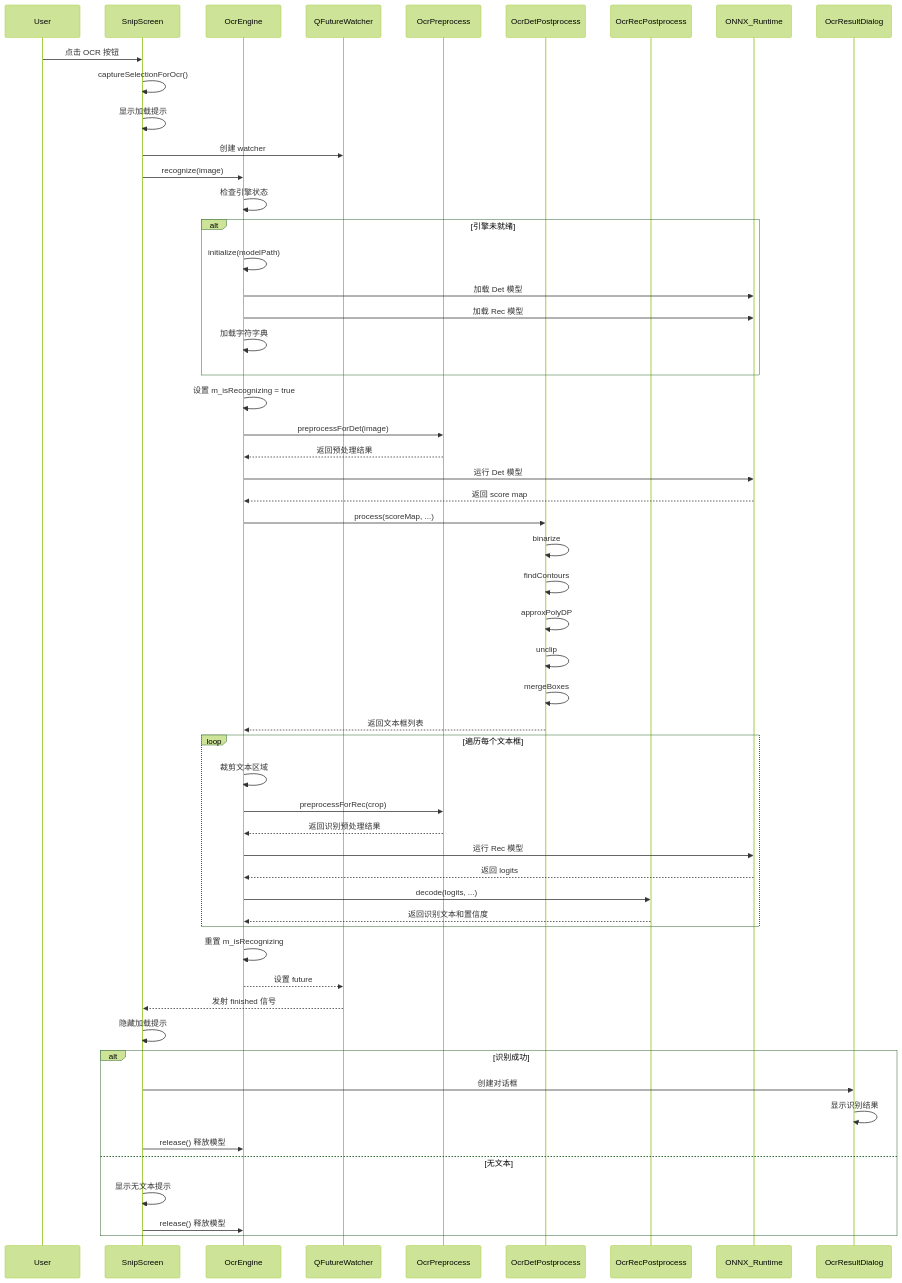
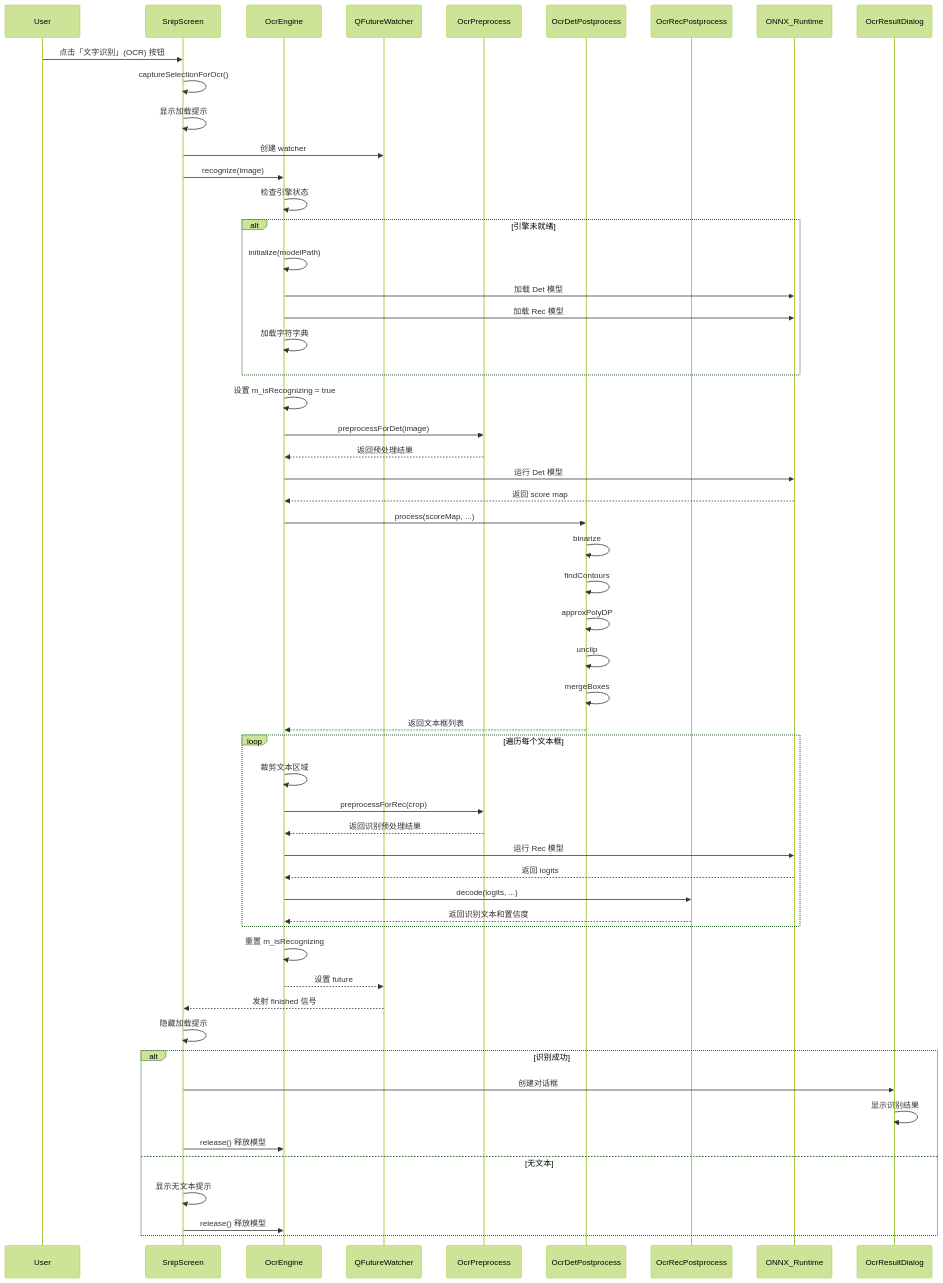
Before and after one commit to ChiangyangNPU/quick-shot: the eighth of 11 diagrams in docs/ocr.md, drawn with Mermaid (forest theme). The commit also changed 9 other files, not shown here.

````diff
--- a/docs/ocr.md
+++ b/docs/ocr.md
@@ -460,66 +460,66 @@
 ```mermaid
 sequenceDiagram
     participant User
     participant SnipScreen
     participant OcrEngine
     participant QFutureWatcher
     participant OcrPreprocess
     participant OcrDetPostprocess
     participant OcrRecPostprocess
     participant ONNX_Runtime
     participant OcrResultDialog
 
-    User->>SnipScreen: 点击 OCR 按钮
+    User->>SnipScreen: 点击「文字识别」(OCR) 按钮
     SnipScreen->>SnipScreen: captureSelectionForOcr()
     SnipScreen->>SnipScreen: 显示加载提示
     SnipScreen->>QFutureWatcher: 创建 watcher
     SnipScreen->>OcrEngine: recognize(image)
     
     OcrEngine->>OcrEngine: 检查引擎状态
     alt 引擎未就绪
         OcrEngine->>OcrEngine: initialize(modelPath)
         OcrEngine->>ONNX_Runtime: 加载 Det 模型
         OcrEngine->>ONNX_Runtime: 加载 Rec 模型
         OcrEngine->>OcrEngine: 加载字符字典
     end
     
     OcrEngine->>OcrEngine: 设置 m_isRecognizing = true
     OcrEngine->>OcrPreprocess: preprocessForDet(image)
     OcrPreprocess-->>OcrEngine: 返回预处理结果
     
     OcrEngine->>ONNX_Runtime: 运行 Det 模型
     ONNX_Runtime-->>OcrEngine: 返回 score map
     
     OcrEngine->>OcrDetPostprocess: process(scoreMap, ...)
     OcrDetPostprocess->>OcrDetPostprocess: binarize
     OcrDetPostprocess->>OcrDetPostprocess: findContours
     OcrDetPostprocess->>OcrDetPostprocess: approxPolyDP
     OcrDetPostprocess->>OcrDetPostprocess: unclip
     OcrDetPostprocess->>OcrDetPostprocess: mergeBoxes
     OcrDetPostprocess-->>OcrEngine: 返回文本框列表
     
     loop 遍历每个文本框
         OcrEngine->>OcrEngine: 裁剪文本区域
         OcrEngine->>OcrPreprocess: preprocessForRec(crop)
         OcrPreprocess-->>OcrEngine: 返回识别预处理结果
         OcrEngine->>ONNX_Runtime: 运行 Rec 模型
         ONNX_Runtime-->>OcrEngine: 返回 logits
         OcrEngine->>OcrRecPostprocess: decode(logits, ...)
         OcrRecPostprocess-->>OcrEngine: 返回识别文本和置信度
     end
     
     OcrEngine->>OcrEngine: 重置 m_isRecognizing
     OcrEngine-->>QFutureWatcher: 设置 future
     
     QFutureWatcher-->>SnipScreen: 发射 finished 信号
     SnipScreen->>SnipScreen: 隐藏加载提示
     
     alt 识别成功
         SnipScreen->>OcrResultDialog: 创建对话框
         OcrResultDialog->>OcrResultDialog: 显示识别结果
         SnipScreen->>OcrEngine: release() 释放模型
     else 无文本
         SnipScreen->>SnipScreen: 显示无文本提示
         SnipScreen->>OcrEngine: release() 释放模型
     end
 ```
````
